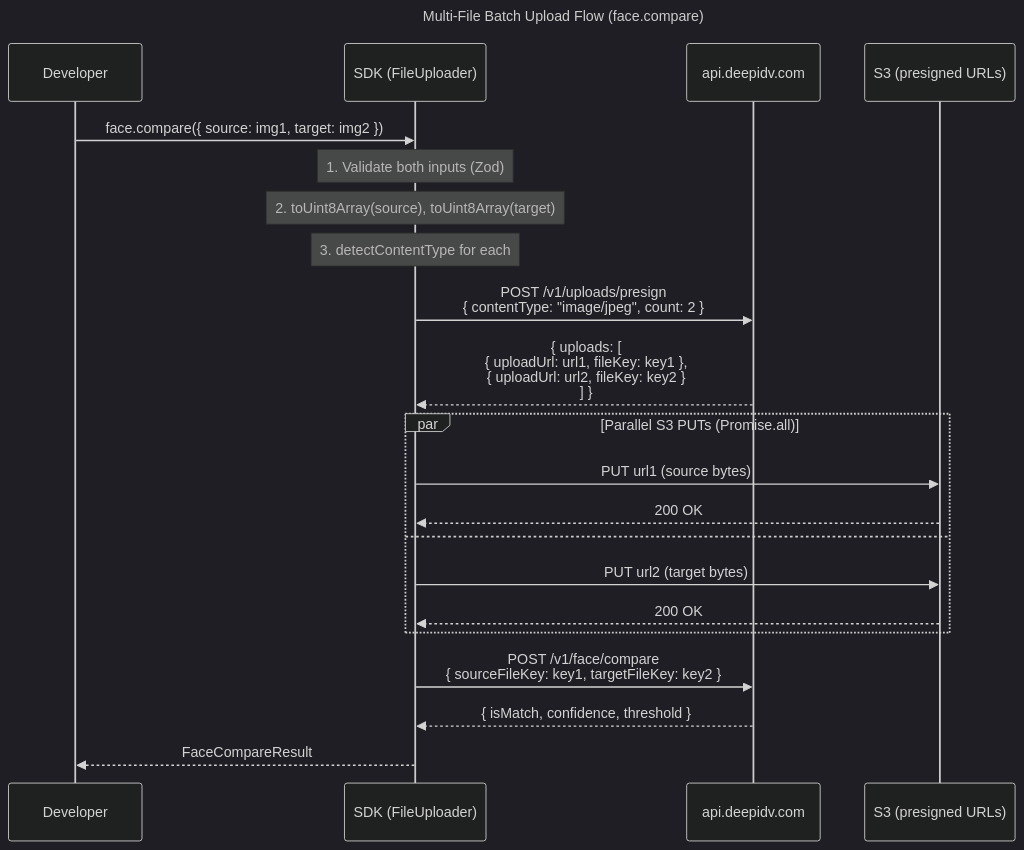
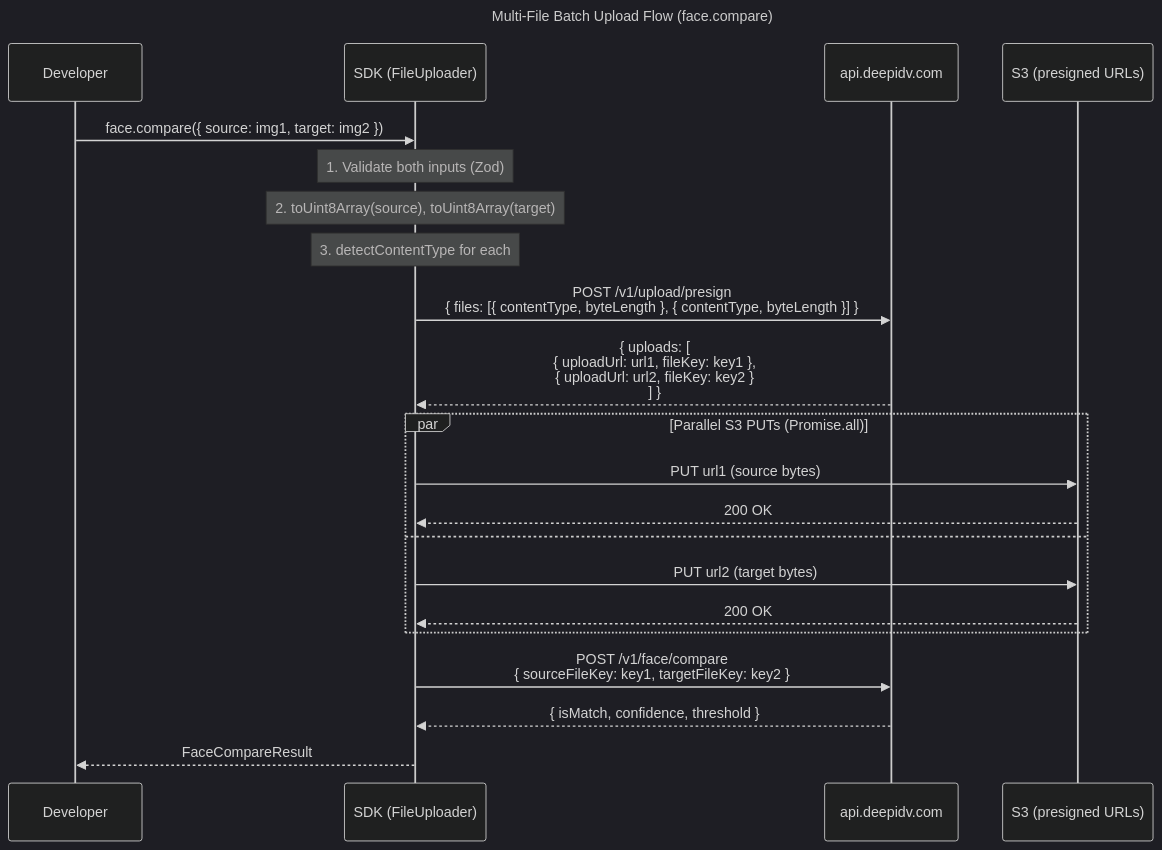
One commit to Deep-Identity-Inc/deepidv-sdk-ts changed the second of 3 diagrams in docs/architecture/UPLOAD-FLOW.md. Above: the diagram before and after it, drawn with Mermaid (dark theme). The commit also changed other lines of this file and 21 other files, not shown here.

````diff
--- a/docs/architecture/UPLOAD-FLOW.md
+++ b/docs/architecture/UPLOAD-FLOW.md
@@ -38,27 +38,27 @@
 ```mermaid
 ---
 title: Multi-File Batch Upload Flow (face.compare)
 ---
 sequenceDiagram
     participant Dev as Developer
     participant SDK as SDK (FileUploader)
     participant API as api.deepidv.com
     participant S3 as S3 (presigned URLs)
 
     Dev->>SDK: face.compare({ source: img1, target: img2 })
     Note over SDK: 1. Validate both inputs (Zod)
     Note over SDK: 2. toUint8Array(source), toUint8Array(target)
     Note over SDK: 3. detectContentType for each
-    SDK->>API: POST /v1/uploads/presign<br/>{ contentType: "image/jpeg", count: 2 }
+    SDK->>API: POST /v1/upload/presign<br/>{ files: [{ contentType, byteLength }, { contentType, byteLength }] }
     API-->>SDK: { uploads: [<br/>  { uploadUrl: url1, fileKey: key1 },<br/>  { uploadUrl: url2, fileKey: key2 }<br/>] }
     par Parallel S3 PUTs (Promise.all)
         SDK->>S3: PUT url1 (source bytes)
         S3-->>SDK: 200 OK
     and
         SDK->>S3: PUT url2 (target bytes)
         S3-->>SDK: 200 OK
     end
     SDK->>API: POST /v1/face/compare<br/>{ sourceFileKey: key1, targetFileKey: key2 }
     API-->>SDK: { isMatch, confidence, threshold }
     SDK-->>Dev: FaceCompareResult
 ```
````
